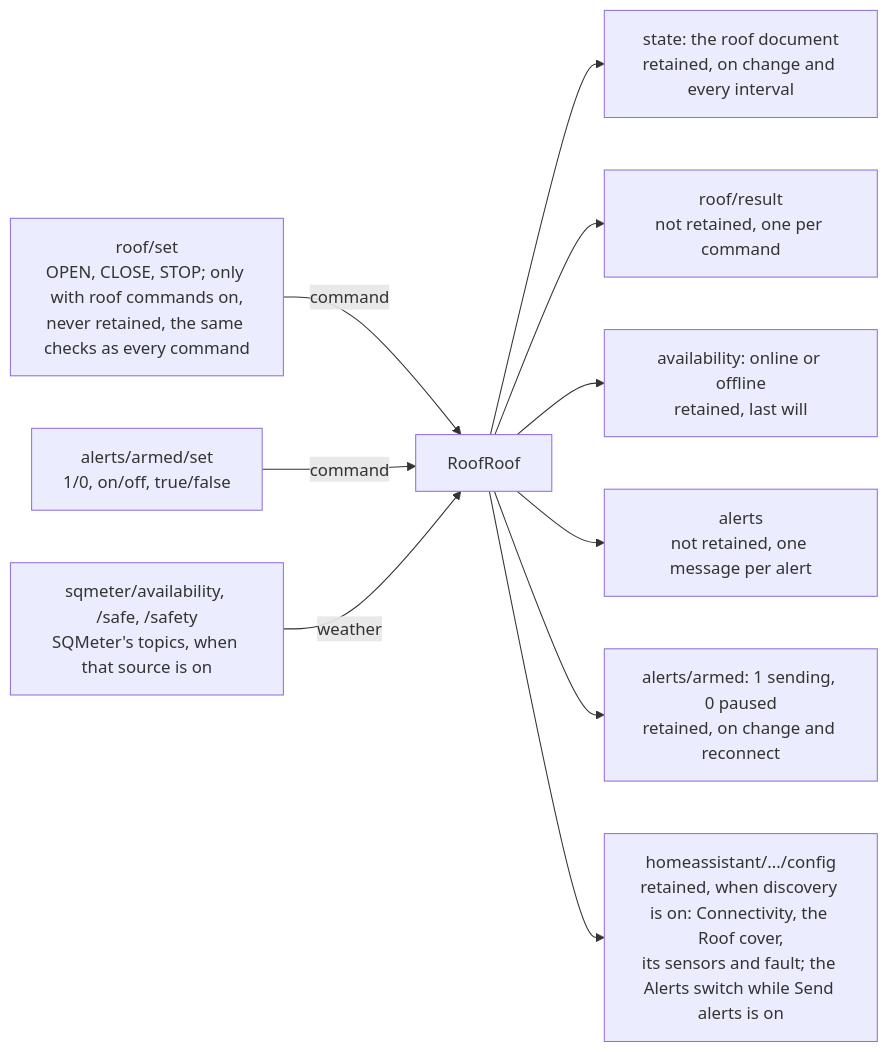
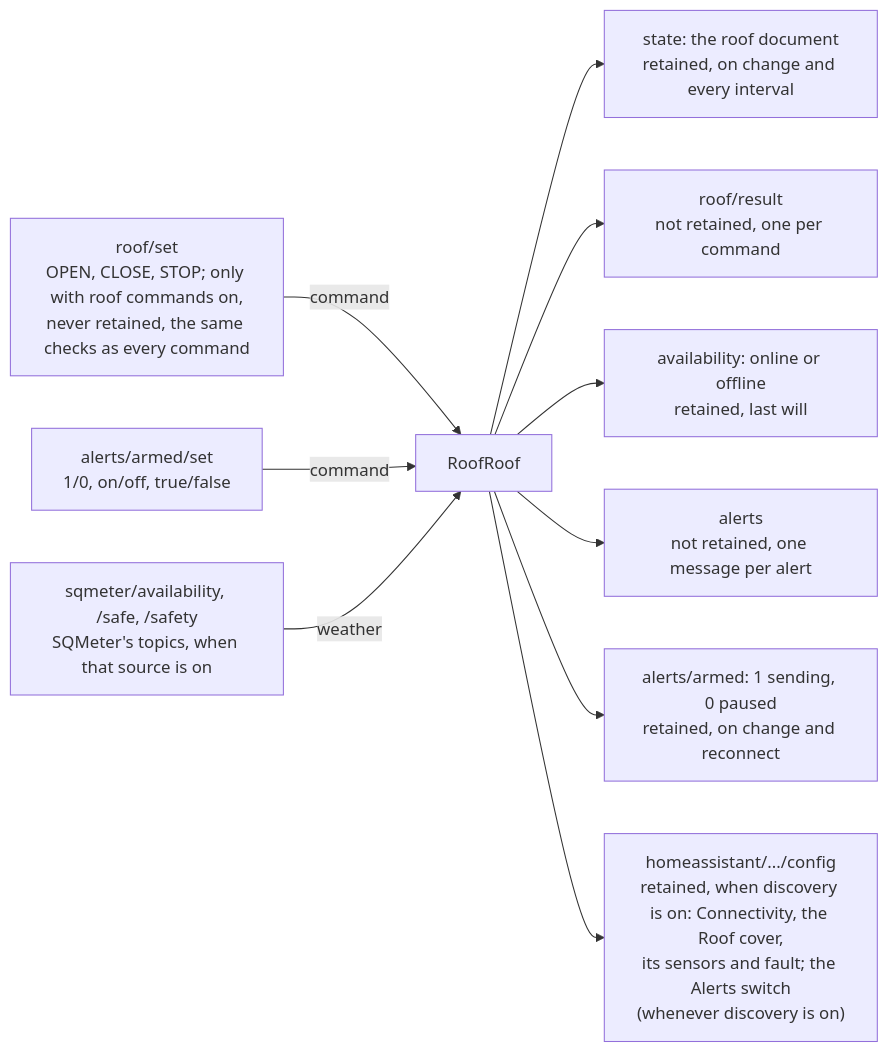
Before and after one commit to DeanJ87/RoofRoof: the diagram in docs/user-guide/mqtt.md, drawn with Mermaid. The commit also changed other lines of this file and 23 other files, not shown here.

Commit message:
027: docs, REST and OpenAPI, contract schemas, Home Assistant page, changelog

````diff
--- a/docs/user-guide/mqtt.md
+++ b/docs/user-guide/mqtt.md
@@ -135,14 +148,14 @@
 ```mermaid
 flowchart LR
     accTitle: MQTT topic map
     accDescr: RoofRoof listens on roof/set (only with roof commands on, never retained, through the same checks as every command), alerts/armed/set and, when SQMeter over MQTT is a weather source, SQMeter's availability, safe and safety topics; it publishes state, roof/result, availability, alerts and alerts/armed under its base topic, plus Home Assistant discovery under the discovery prefix.
     ROOFSET["roof/set<br/>OPEN, CLOSE, STOP; only with roof commands on,<br/>never retained, the same checks as every command"] -->|command| D["RoofRoof"]
     SET["alerts/armed/set<br/>1/0, on/off, true/false"] -->|command| D
     SQM["sqmeter/availability, /safe, /safety<br/>SQMeter's topics, when that source is on"] -->|weather| D
     D --> STATE["state: the roof document<br/>retained, on change and every interval"]
     D --> RESULT["roof/result<br/>not retained, one per command"]
     D --> AVAIL["availability: online or offline<br/>retained, last will"]
     D --> ALERTS["alerts<br/>not retained, one message per alert"]
     D --> ARMED["alerts/armed: 1 sending, 0 paused<br/>retained, on change and reconnect"]
-    D --> DISC["homeassistant/.../config<br/>retained, when discovery is on: Connectivity, the Roof cover,<br/>its sensors and fault; the Alerts switch while Send alerts is on"]
+    D --> DISC["homeassistant/.../config<br/>retained, when discovery is on: Connectivity, the Roof cover,<br/>its sensors and fault; the Alerts switch<br/>(whenever discovery is on)"]
 ```
````
